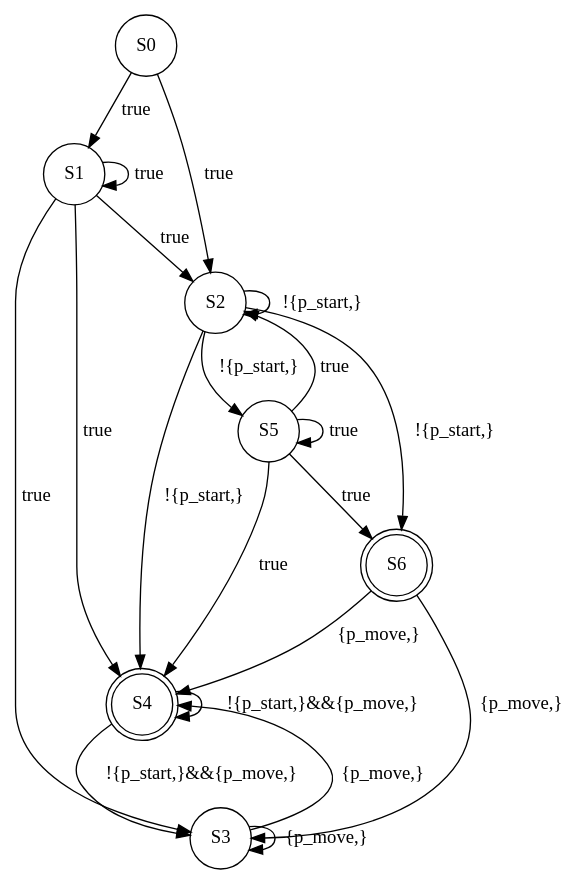
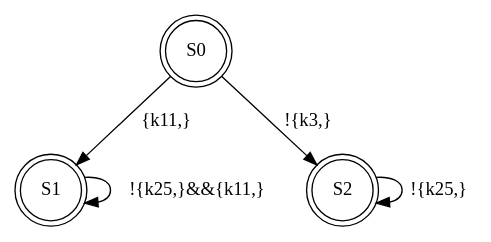
Before and after one commit to Tj-Cong/EnPAC_2021_RD: the diagram in cmake-build-debug/BA.dot, drawn with Graphviz. The commit also changed 40 other files, not shown here.

```diff
--- a/cmake-build-debug/BA.dot
+++ b/cmake-build-debug/BA.dot
@@ -1,30 +1,10 @@
 digraph BA {
-	S0 [shape=circle]
-	S1 [shape=circle]
-	S2 [shape=circle]
-	S3 [shape=circle]
-	S4 [shape=doublecircle]
-	S5 [shape=circle]
-	S6 [shape=doublecircle]
+	S0 [shape=doublecircle]
+	S1 [shape=doublecircle]
+	S2 [shape=doublecircle]
 
-	S0->S2 [label="true"]
-	S0->S1 [label="true"]
-	S1->S4 [label="true"]
-	S1->S2 [label="true"]
-	S1->S3 [label="true"]
-	S1->S1 [label="true"]
-	S2->S4 [label="!{p_start,}"]
-	S2->S2 [label="!{p_start,}"]
-	S2->S6 [label="!{p_start,}"]
-	S2->S5 [label="!{p_start,}"]
-	S3->S4 [label="{p_move,}"]
-	S3->S3 [label="{p_move,}"]
-	S4->S4 [label="!{p_start,}&&{p_move,}"]
-	S4->S3 [label="!{p_start,}&&{p_move,}"]
-	S5->S4 [label="true"]
-	S5->S2 [label="true"]
-	S5->S6 [label="true"]
-	S5->S5 [label="true"]
-	S6->S4 [label="{p_move,}"]
-	S6->S3 [label="{p_move,}"]
+	S0->S2 [label="!{k3,}"]
+	S0->S1 [label="{k11,}"]
+	S1->S1 [label="!{k25,}&&{k11,}"]
+	S2->S2 [label="!{k25,}"]
 }
```
